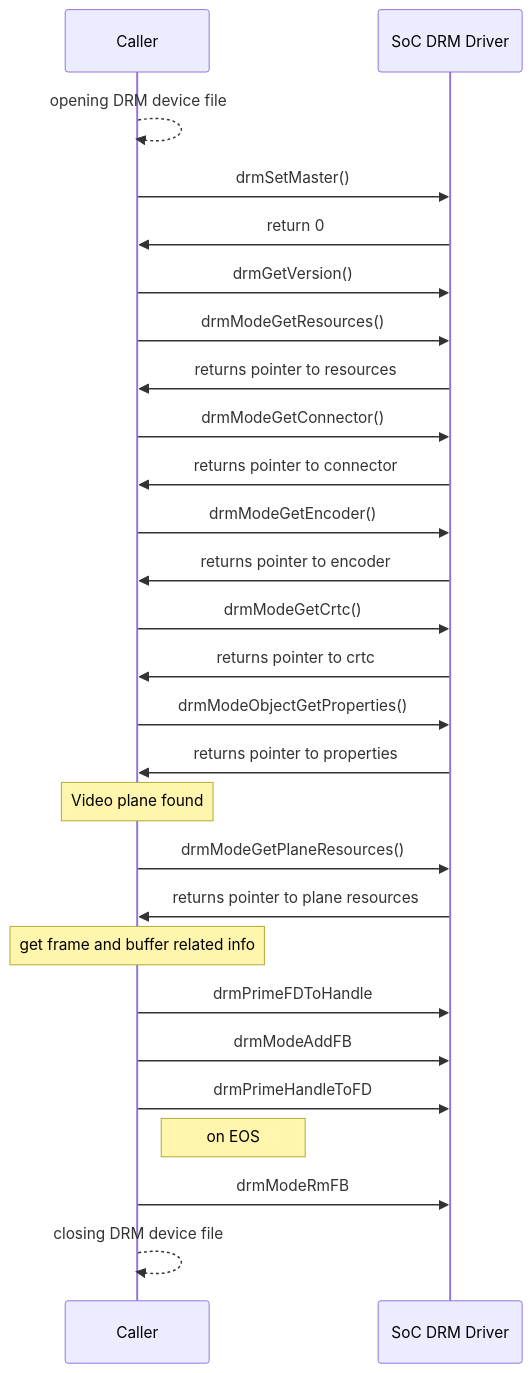
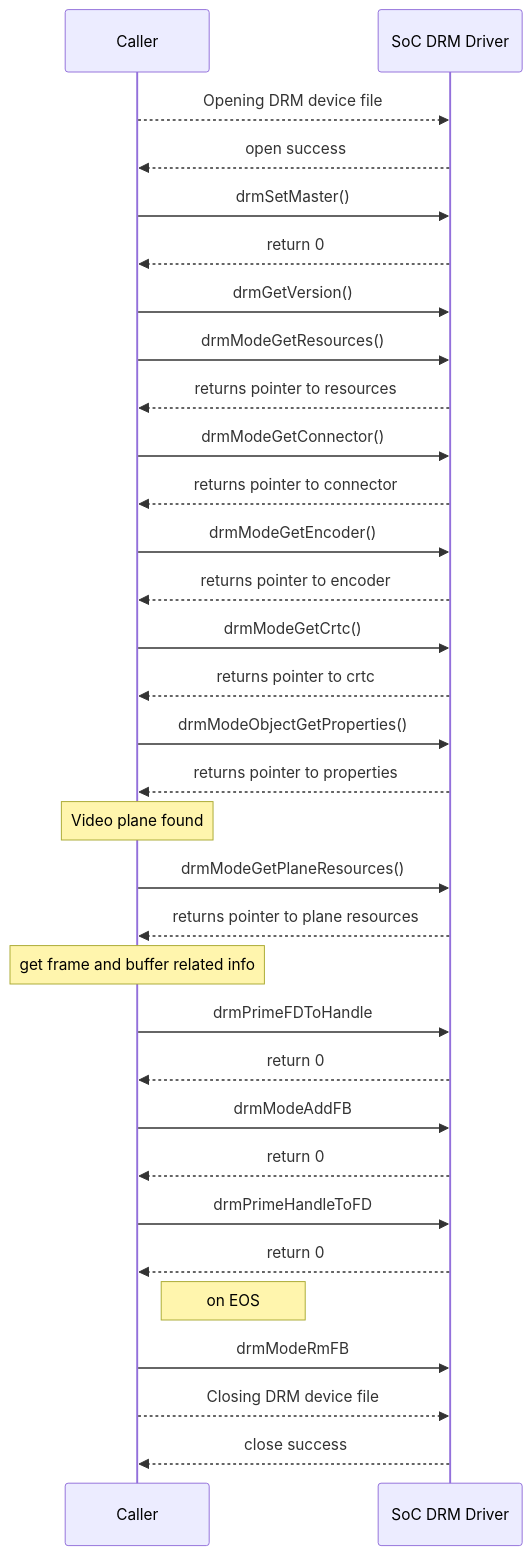
One commit to rdkcentral/rdk-halif-libdrm changed the second of 2 diagrams in docs/pages/libdrm.md. Above: the diagram before and after it, drawn with Mermaid. The commit also changed other lines of this file, not shown here.

````diff
--- a/docs/pages/libdrm.md
+++ b/docs/pages/libdrm.md
@@ -203,32 +182,37 @@
 ```mermaid
 
 sequenceDiagram
 participant Caller
 participant SoC DRM Driver
 
-Caller-->>Caller: opening DRM device file
+Caller-->>SoC DRM Driver: Opening DRM device file
+SoC DRM Driver-->>Caller: open success
 Caller->>SoC DRM Driver:drmSetMaster()
-SoC DRM Driver->>Caller:return 0
+SoC DRM Driver-->>Caller:return 0
 Caller->>SoC DRM Driver:drmGetVersion()
 Caller->>SoC DRM Driver:drmModeGetResources()
-SoC DRM Driver->>Caller: returns pointer to resources
+SoC DRM Driver-->>Caller: returns pointer to resources
 Caller->>SoC DRM Driver:drmModeGetConnector()
-SoC DRM Driver->>Caller: returns pointer to connector
+SoC DRM Driver-->>Caller: returns pointer to connector
 Caller->>SoC DRM Driver:drmModeGetEncoder()
-SoC DRM Driver->>Caller:returns pointer to encoder
+SoC DRM Driver-->>Caller:returns pointer to encoder
 Caller->>SoC DRM Driver:drmModeGetCrtc()
-SoC DRM Driver->>Caller:returns pointer to crtc
+SoC DRM Driver-->>Caller:returns pointer to crtc
 Caller->>SoC DRM Driver:drmModeObjectGetProperties()
-SoC DRM Driver->>Caller:returns pointer to properties
+SoC DRM Driver-->>Caller:returns pointer to properties
 Note over Caller:Video plane found
 Caller->>SoC DRM Driver:drmModeGetPlaneResources()
-SoC DRM Driver->>Caller:returns pointer to plane resources
+SoC DRM Driver-->>Caller:returns pointer to plane resources
 Note over Caller: get frame and buffer related info
 Caller->>SoC DRM Driver:drmPrimeFDToHandle
+SoC DRM Driver-->>Caller:return 0
 Caller->>SoC DRM Driver:drmModeAddFB
+SoC DRM Driver-->>Caller:return 0
 Caller->>SoC DRM Driver:drmPrimeHandleToFD
+SoC DRM Driver-->>Caller:return 0
 note right of Caller: on EOS
 Caller->>SoC DRM Driver:drmModeRmFB
-Caller-->>Caller:closing DRM device file
+Caller-->>SoC DRM Driver: Closing DRM device file
+SoC DRM Driver-->>Caller: close success
 
 ```
````
